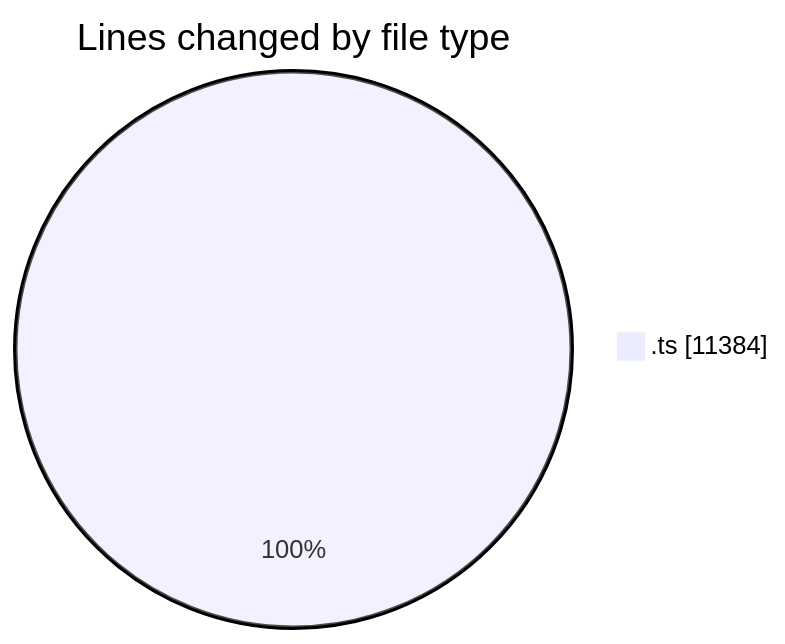
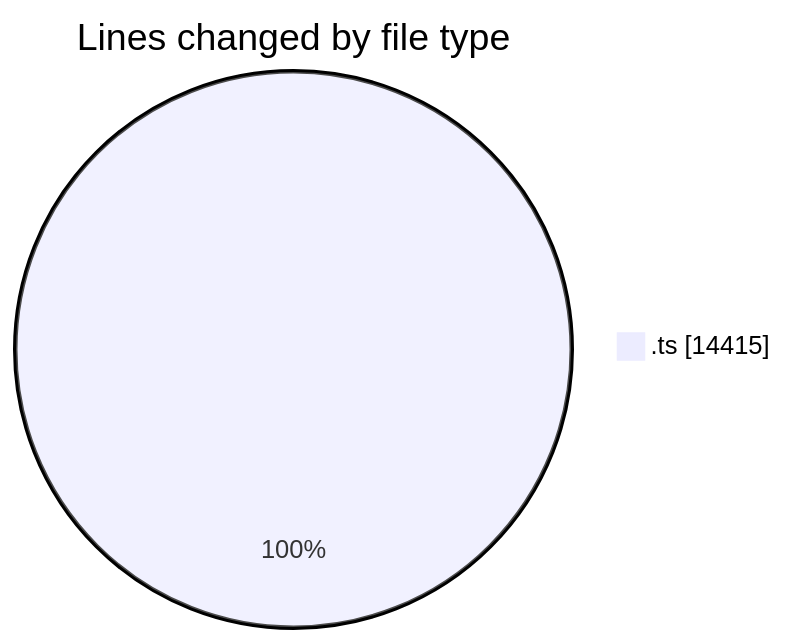
One commit to momahboobian/code-tracking changed the first of 2 diagrams in 2025-09-09/cda/README.md. Above: the diagram before and after it, drawn with Mermaid. The commit also changed other lines of this file and 1 other file, not shown here.

````diff
--- a/2025-09-09/cda/README.md
+++ b/2025-09-09/cda/README.md
@@ -24,5 +32,5 @@
 ```mermaid
 pie showData
 title Lines changed by file type
-".ts" : 11384
+".ts" : 14415
 ```
````
